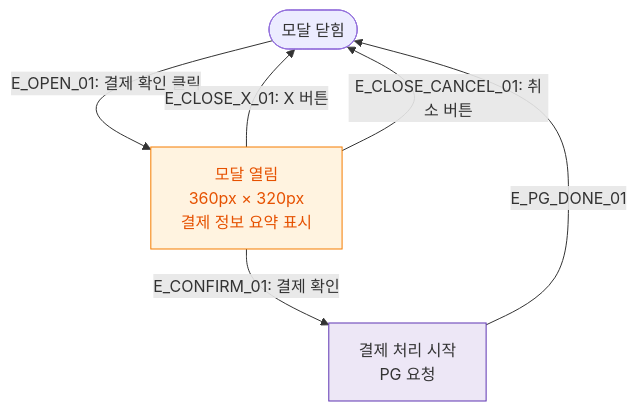
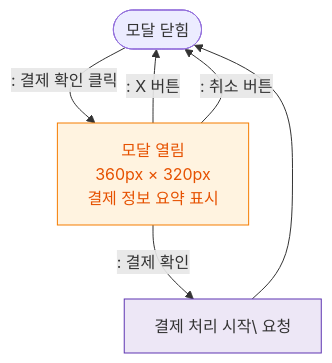
One commit to dev-spogym/admin-pando changed the diagram in docs/다이어그램/D03_매출관리/DLG-S003_결제확인/M1_모달생명주기.md. Above: the diagram before and after it, drawn with Mermaid. The commit also changed other lines of this file and 1660 other files, not shown here.

First line of the commit message:
다이어그램: 기획자/클라이언트 납품본으로 정리

````diff
--- a/docs/다이어그램/D03_매출관리/DLG-S003_결제확인/M1_모달생명주기.md
+++ b/docs/다이어그램/D03_매출관리/DLG-S003_결제확인/M1_모달생명주기.md
@@ -20,17 +18,17 @@
 ```mermaid
 flowchart TD
-    CLOSED([모달 닫힘]) -->|"E_OPEN_01: 결제 확인 클릭"| OPEN[모달 열림\n360px × 320px\n결제 정보 요약 표시]
+    CLOSED([모달 닫힘]) -->|": 결제 확인 클릭"|OPEN[모달 열림\n360px × 320px\n결제 정보 요약 표시]
 
-    OPEN -->|"E_CONFIRM_01: 결제 확인"| PROCESS[결제 처리 시작\nPG 요청]
-    OPEN -->|"E_CLOSE_X_01: X 버튼"| CLOSED
-    OPEN -->|"E_CLOSE_CANCEL_01: 취소 버튼"| CLOSED
+    OPEN -->|": 결제 확인"|PROCESS[결제 처리 시작\ 요청]
+    OPEN -->|": X 버튼"|CLOSED
+    OPEN -->|": 취소 버튼"|CLOSED
 
-    PROCESS -->|E_PG_DONE_01| CLOSED
+    PROCESS --> CLOSED
 
     classDef modal fill:#FFF3E0,stroke:#F57C00,color:#E65100
     classDef system fill:#EDE7F6,stroke:#5E35B2
     classDef success fill:#E8F5E9,stroke:#2E7D32,color:#1B5E20
 
     class OPEN modal
     class PROCESS system
 ```
````
